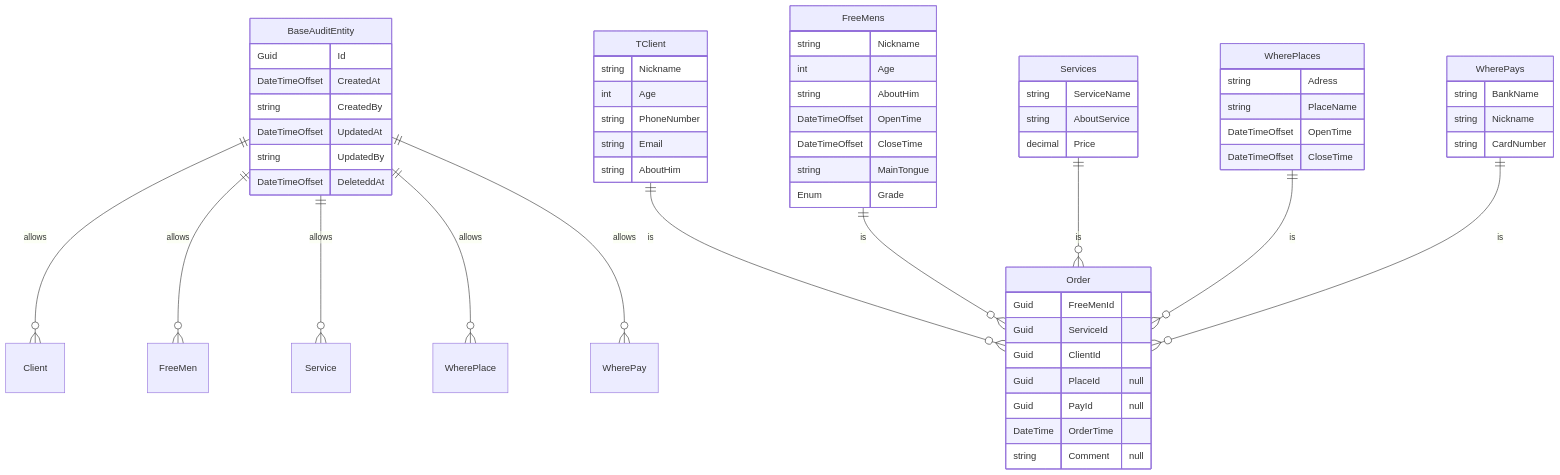
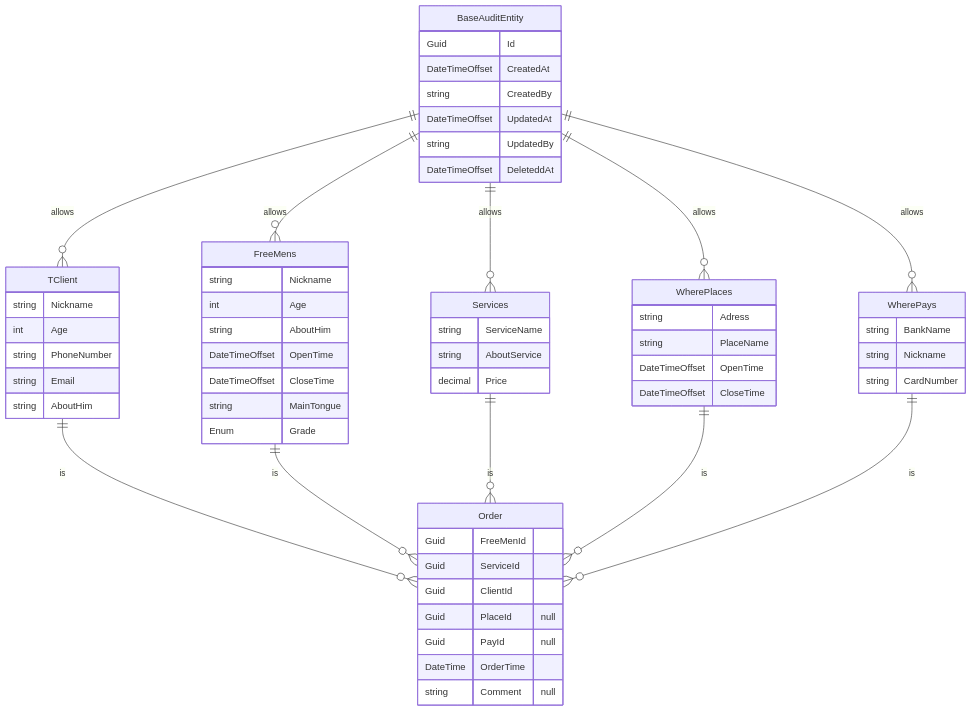
The diagram in README.md (MaximTBW/CLUB), drawn with Mermaid before and after one commit.

````diff
--- a/README.md
+++ b/README.md
@@ -24,70 +24,70 @@
 ```mermaid
 erDiagram
 
     BaseAuditEntity {
         Guid Id
         DateTimeOffset CreatedAt
         string CreatedBy
         DateTimeOffset UpdatedAt
         string UpdatedBy
         DateTimeOffset DeleteddAt
     }
 
     TClient {
         string Nickname
         int Age
         string PhoneNumber
         string Email
         string AboutHim
     }
 
     FreeMens {
         string Nickname
         int Age
         string AboutHim
         DateTimeOffset OpenTime
         DateTimeOffset CloseTime
         string MainTongue
         Enum Grade
     }
 
     Services {
         string ServiceName
         string AboutService
         decimal Price
     }
 
     WherePays {
         string BankName
         string Nickname
         string CardNumber
     }
 
     WherePlaces {
         string Adress
         string PlaceName
         DateTimeOffset OpenTime
         DateTimeOffset CloseTime
     }
 
     Order {
         Guid FreeMenId
         Guid ServiceId
         Guid ClientId
         Guid PlaceId "null"
         Guid PayId "null"
         DateTime OrderTime
         string Comment "null"
     }
     TClient ||--o{ Order: is
     FreeMens ||--o{ Order: is
     Services ||--o{ Order: is
     WherePlaces ||--o{ Order: is
     WherePays ||--o{ Order: is
 
-    BaseAuditEntity ||--o{ Client: allows
-    BaseAuditEntity ||--o{ FreeMen: allows
-    BaseAuditEntity ||--o{ Service: allows
-    BaseAuditEntity ||--o{ WherePlace: allows
-    BaseAuditEntity ||--o{ WherePay: allows
+    BaseAuditEntity ||--o{ TClient: allows
+    BaseAuditEntity ||--o{ FreeMens: allows
+    BaseAuditEntity ||--o{ Services: allows
+    BaseAuditEntity ||--o{ WherePlaces: allows
+    BaseAuditEntity ||--o{ WherePays: allows
  ```
````
